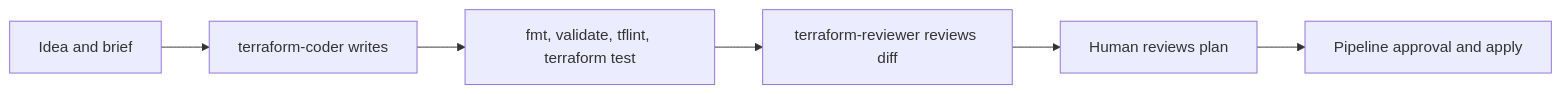
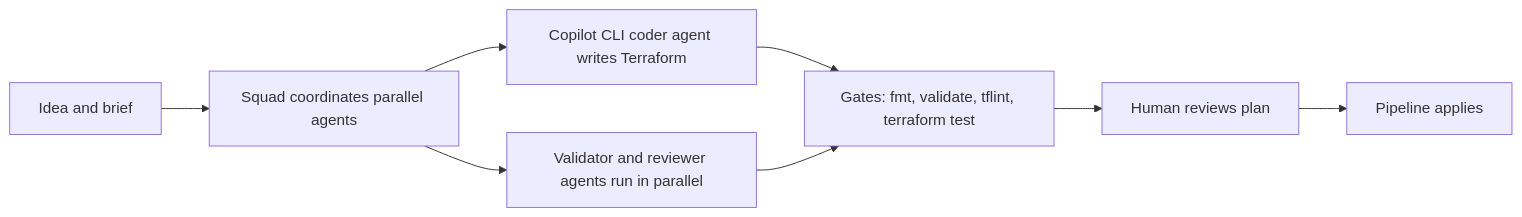
Before and after one commit to martinopedal/squad-terraform-session-2026-10-14: the diagram in docs/overview.md, drawn with Mermaid.

Commit message:
Refine overview flow diagram

````diff
--- a/docs/overview.md
+++ b/docs/overview.md
@@ -26,8 +26,10 @@
 ```mermaid
 flowchart LR
-  A[Idea and brief] --> B[terraform-coder writes]
-  B --> C[fmt, validate, tflint, terraform test]
-  C --> D[terraform-reviewer reviews diff]
-  D --> E[Human reviews plan]
-  E --> F[Pipeline approval and apply]
+  A[Idea and brief] --> B[Squad coordinates parallel agents]
+  B --> C[Copilot CLI coder agent writes Terraform]
+  B --> D[Validator and reviewer agents run in parallel]
+  C --> E[Gates: fmt, validate, tflint, terraform test]
+  D --> E
+  E --> F[Human reviews plan]
+  F --> G[Pipeline applies]
 ```
````
